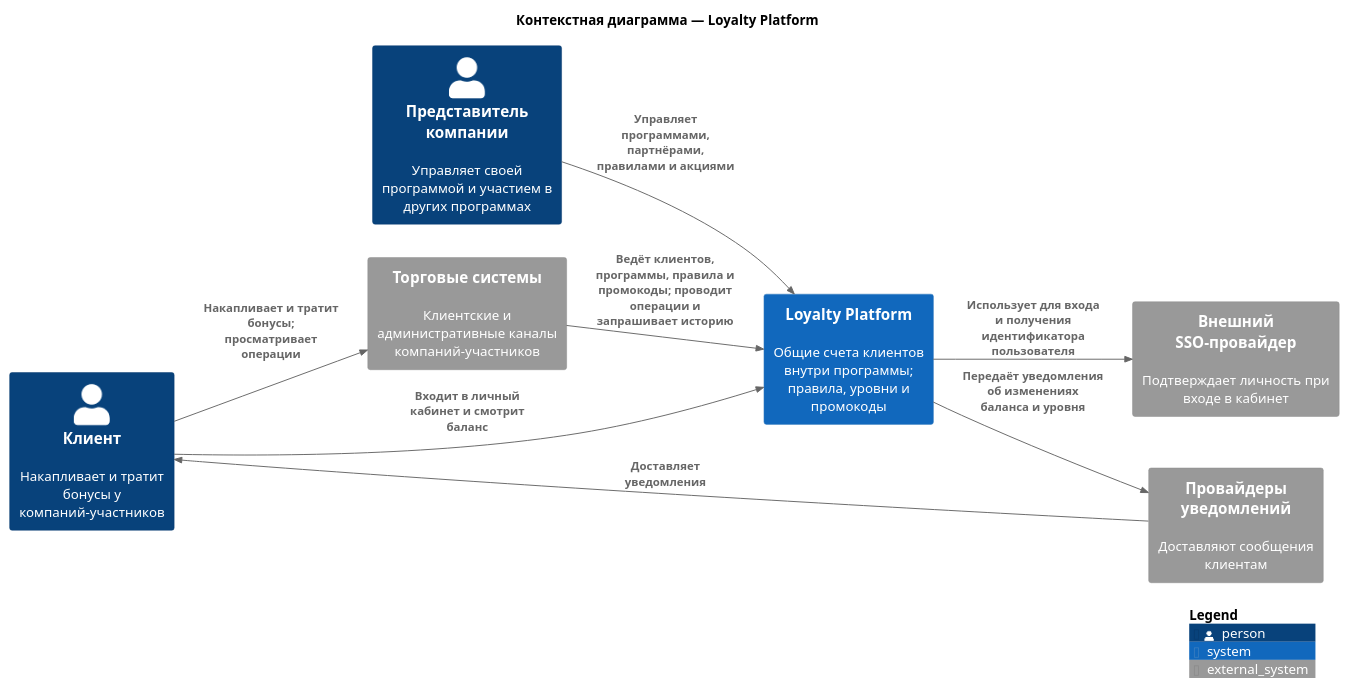
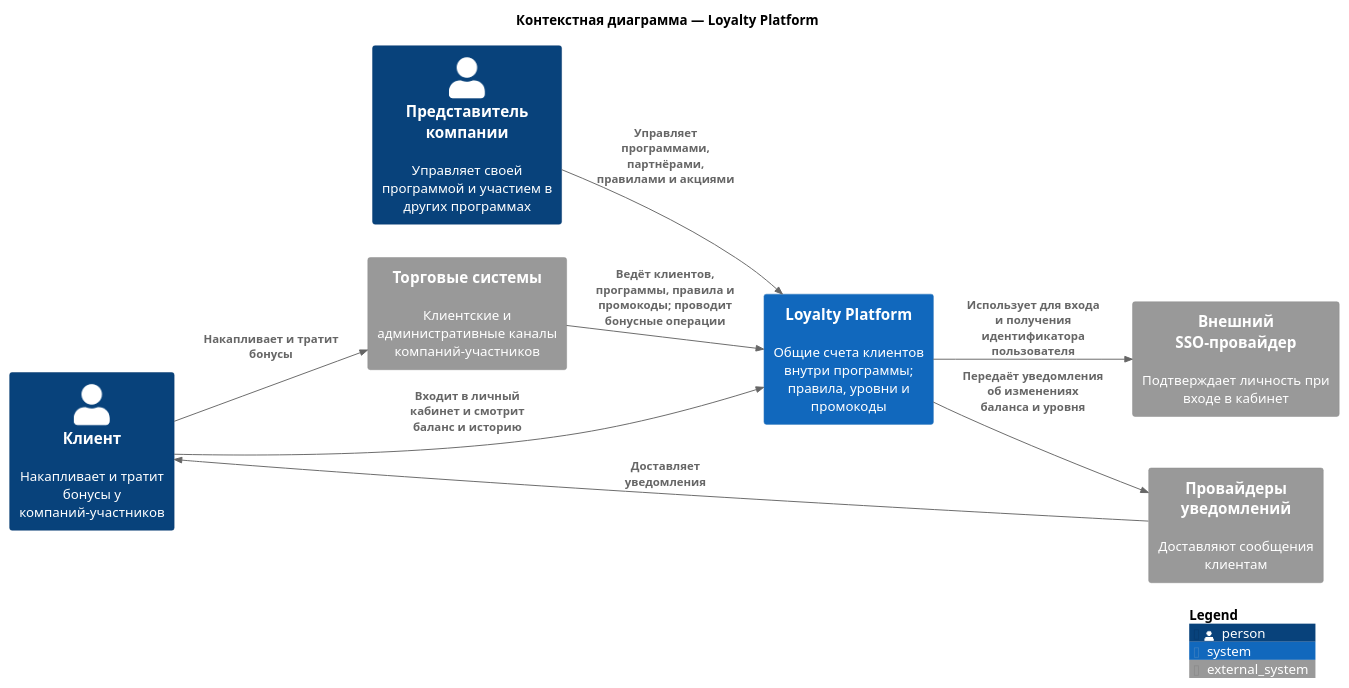
The second of 11 diagrams in docs/decomposition.md (Andryss/MicroservicesLab1), drawn with PlantUML before and after one commit. The commit also changed other lines of this file and 12 other files, not shown here.

Commit message:
docs: add C4 component diagrams and clarify history access

````diff
--- a/docs/decomposition.md
+++ b/docs/decomposition.md
@@ -696,24 +694,24 @@
 ```plantuml
 @startuml C4Context
 !include <C4/C4_Context>
 left to right direction
 title Контекстная диаграмма — Loyalty Platform
 
 Person(customer, "Клиент", "Накапливает и тратит бонусы у компаний-участников")
 Person(manager, "Представитель компании", "Управляет своей программой и участием в других программах")
 System_Ext(trading, "Торговые системы", "Клиентские и административные каналы компаний-участников")
 System(platform, "Loyalty Platform", "Общие счета клиентов внутри программы; правила, уровни и промокоды")
 System_Ext(sso, "Внешний SSO-провайдер", "Подтверждает личность при входе в кабинет")
 System_Ext(messaging, "Провайдеры уведомлений", "Доставляют сообщения клиентам")
 
-Rel(customer, trading, "Накапливает и тратит бонусы; просматривает операции")
-Rel(customer, platform, "Входит в личный кабинет и смотрит баланс")
+Rel(customer, trading, "Накапливает и тратит бонусы")
+Rel(customer, platform, "Входит в личный кабинет и смотрит баланс и историю")
 Rel(manager, platform, "Управляет программами, партнёрами, правилами и акциями")
-Rel(trading, platform, "Ведёт клиентов, программы, правила и промокоды; проводит операции и запрашивает историю")
+Rel(trading, platform, "Ведёт клиентов, программы, правила и промокоды; проводит бонусные операции")
 Rel(platform, sso, "Использует для входа и получения идентификатора пользователя")
 Rel(platform, messaging, "Передаёт уведомления об изменениях баланса и уровня")
 Rel(messaging, customer, "Доставляет уведомления")
 
 SHOW_LEGEND()
 @enduml
 ```
````
